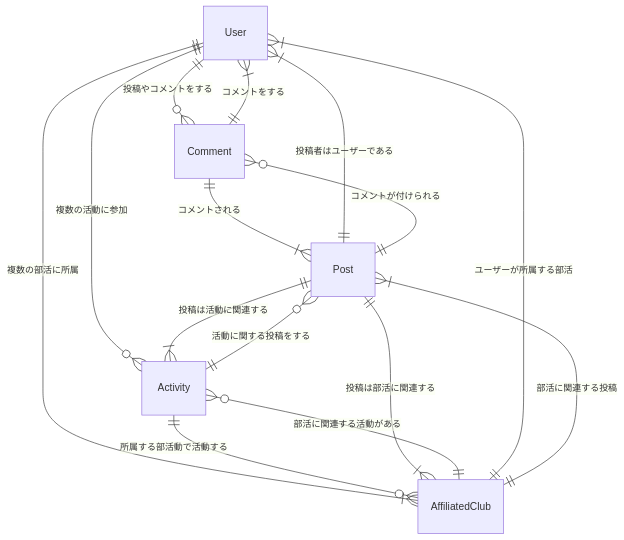
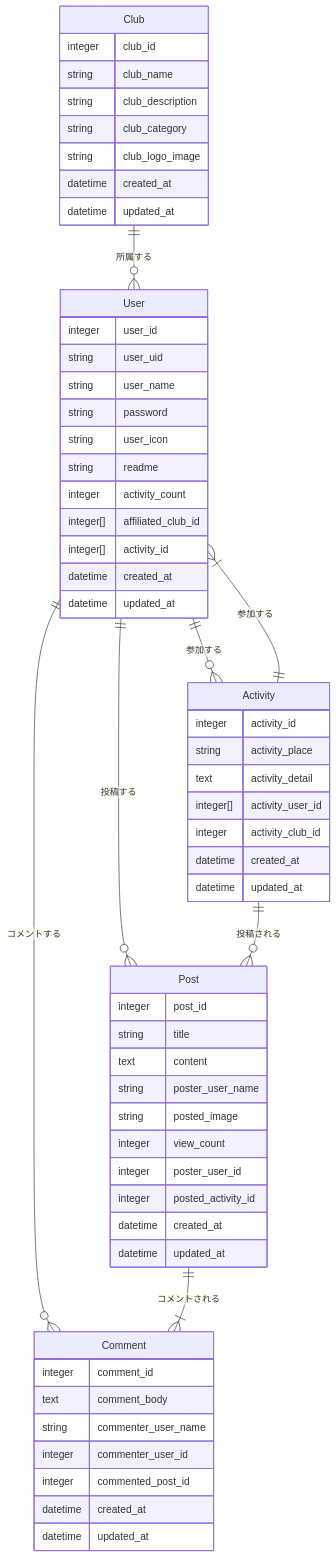
One commit to yumekiti-archive/ClubsActivity changed the second of 2 diagrams in README.md. Above: the diagram before and after it, drawn with Mermaid. The commit also changed other lines of this file, not shown here.

Commit message:
`change` データ設計

````diff
--- a/README.md
+++ b/README.md
@@ -120,18 +120,63 @@
 ```mermaid
 erDiagram
-    User ||--o{ Comment : "投稿やコメントをする"
-    User ||--o{ Activity : "複数の活動に参加"
-    User ||--|{ AffiliatedClub : "複数の部活に所属"
-    Comment ||--|{ User : "コメントをする"
-    Comment ||--|{ Post : "コメントされる"
-    Activity ||--o{ Post : "活動に関する投稿をする"
-    Activity ||--o{ AffiliatedClub : "所属する部活動で活動する"
-    Post ||--|{ User : "投稿者はユーザーである"
-    Post ||--o{ Comment : "コメントが付けられる"
-    Post ||--|{ Activity : "投稿は活動に関連する"
-    Post ||--|{ AffiliatedClub : "投稿は部活に関連する"
-    AffiliatedClub ||--o{ Activity : "部活に関連する活動がある"
-    AffiliatedClub ||--|{ User : "ユーザーが所属する部活"
-    AffiliatedClub ||--|{ Post : "部活に関連する投稿"
+    User ||--o{ Activity : "参加する"
+    User ||--o{ Post : "投稿する"
+    User ||--o{ Comment : "コメントする"
+    Club ||--o{ User : "所属する"
+    Activity ||--o{ Post : "投稿される"
+    Activity ||--|{ User : "参加する"
+    Post ||--|{ Comment : "コメントされる"
+    User {
+        integer user_id
+        string user_uid
+        string user_name
+        string password
+        string user_icon
+        string readme
+        integer activity_count
+        integer[] affiliated_club_id
+        integer[] activity_id
+        datetime created_at
+        datetime updated_at
+    }
+    Club {
+        integer club_id
+        string club_name
+        string club_description
+        string club_category
+        string club_logo_image
+        datetime created_at
+        datetime updated_at
+    }
+    Activity {
+        integer activity_id
+        string activity_place
+        text activity_detail
+        integer[] activity_user_id
+        integer activity_club_id
+        datetime created_at
+        datetime updated_at
+    }
+    Post {
+        integer post_id
+        string title
+        text content
+        string poster_user_name
+        string posted_image
+        integer view_count
+        integer poster_user_id
+        integer posted_activity_id
+        datetime created_at
+        datetime updated_at
+    }
+    Comment {
+        integer comment_id
+        text comment_body
+        string commenter_user_name
+        integer commenter_user_id
+        integer commented_post_id
+        datetime created_at
+        datetime updated_at
+    }
 
 ```
````
